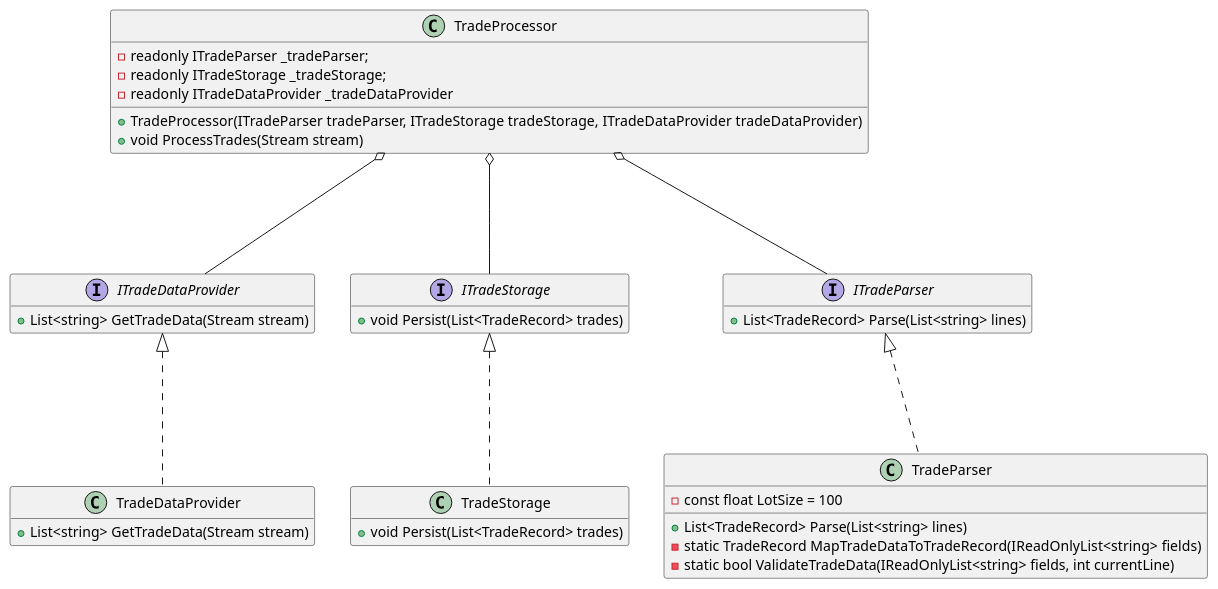
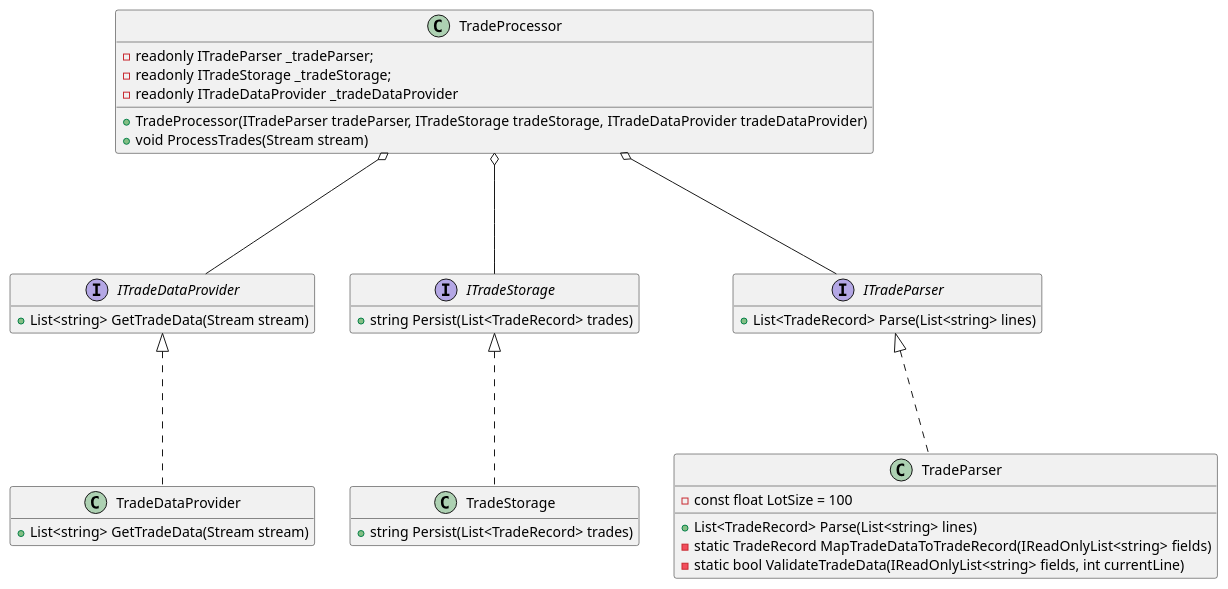
The diagram in solid-project-1/solid-project-1.puml (Shane-Wilson-class/solid-project-1), drawn with PlantUML before and after one commit. The commit also changed 1 other file, not shown here.

Commit message:
Fix documentation: Update Persist method return type from void to string in README and UML diagrams

```diff
--- a/solid-project-1/solid-project-1.puml
+++ b/solid-project-1/solid-project-1.puml
@@ -1,45 +1,45 @@
 @startuml
 hide empty members
 interface ITradeDataProvider{
 + List<string> GetTradeData(Stream stream)
 }
 interface ITradeParser
 {
  + List<TradeRecord> Parse(List<string> lines)
 }
 interface ITradeStorage
 {
-  + void Persist(List<TradeRecord> trades)
+  + string Persist(List<TradeRecord> trades)
 }
 
 class TradeStorage {
-+ void Persist(List<TradeRecord> trades)
++ string Persist(List<TradeRecord> trades)
 }
 
 class TradeDataProvider {
 + List<string> GetTradeData(Stream stream)
 }
 class TradeParser {
 - const float LotSize = 100
 + List<TradeRecord> Parse(List<string> lines)
 - static TradeRecord MapTradeDataToTradeRecord(IReadOnlyList<string> fields)
 - static bool ValidateTradeData(IReadOnlyList<string> fields, int currentLine)
 }
 
 class TradeProcessor {
  - readonly ITradeParser _tradeParser;
  - readonly ITradeStorage _tradeStorage;
  - readonly ITradeDataProvider _tradeDataProvider
  + TradeProcessor(ITradeParser tradeParser, ITradeStorage tradeStorage, ITradeDataProvider tradeDataProvider)
  + void ProcessTrades(Stream stream)
 }
 
 TradeProcessor o---ITradeParser
 TradeProcessor o---ITradeDataProvider
 TradeProcessor o---ITradeStorage
 
 TradeParser ...up|> ITradeParser
 TradeStorage ...up|> ITradeStorage
 TradeDataProvider ...up|> ITradeDataProvider
 
 @enduml
```
